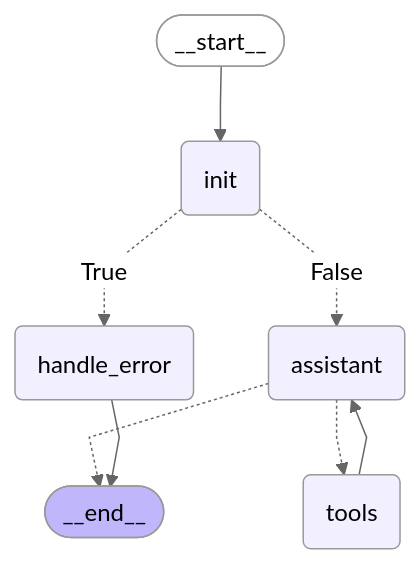
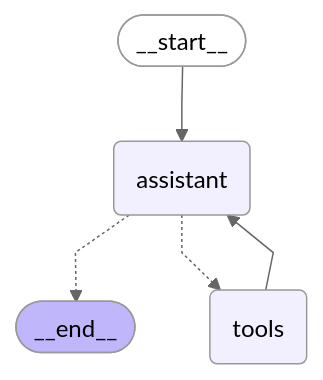
The diagram in graph_diagram.mmd (ashish-tripathi57/gaia-agent), drawn with Mermaid (neutral theme) before and after one commit.

```diff
--- a/graph_diagram.mmd
+++ b/graph_diagram.mmd
@@ -1,22 +1,17 @@
 ---
 config:
   flowchart:
     curve: linear
 ---
 graph TD;
 	__start__([<p>__start__</p>]):::first
-	init(init)
 	assistant(assistant)
 	tools(tools)
-	handle_error(handle_error)
 	__end__([<p>__end__</p>]):::last
-	__start__ --> init;
+	__start__ --> assistant;
 	assistant -.-> __end__;
 	assistant -.-> tools;
-	init -. &nbsp;False&nbsp; .-> assistant;
-	init -. &nbsp;True&nbsp; .-> handle_error;
 	tools --> assistant;
-	handle_error --> __end__;
 	classDef default fill:#f2f0ff,line-height:1.2
 	classDef first fill-opacity:0
 	classDef last fill:#bfb6fc
```
